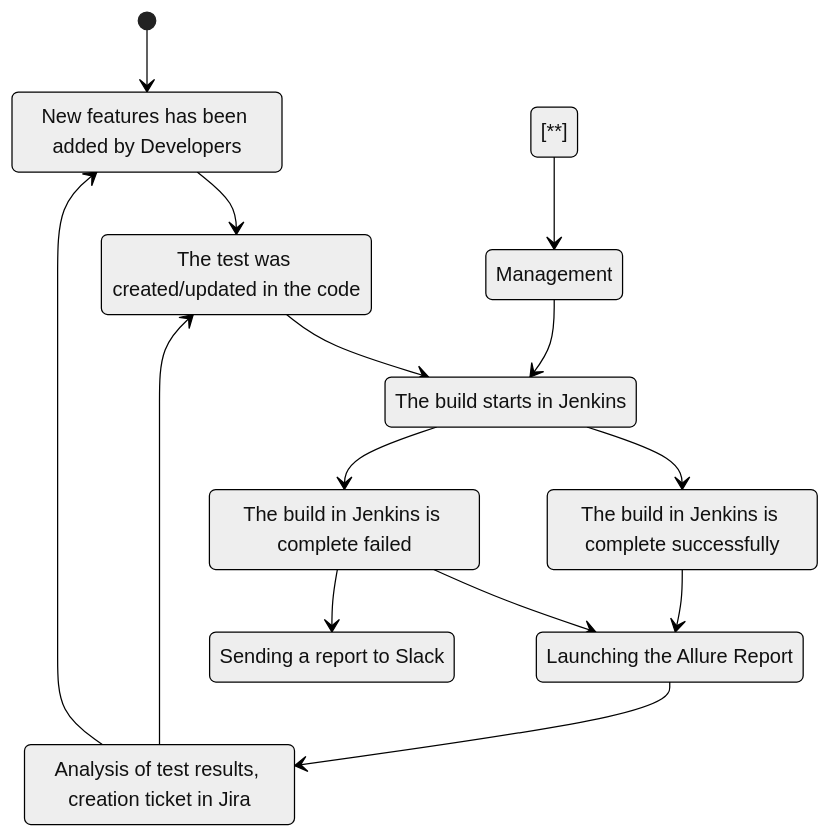
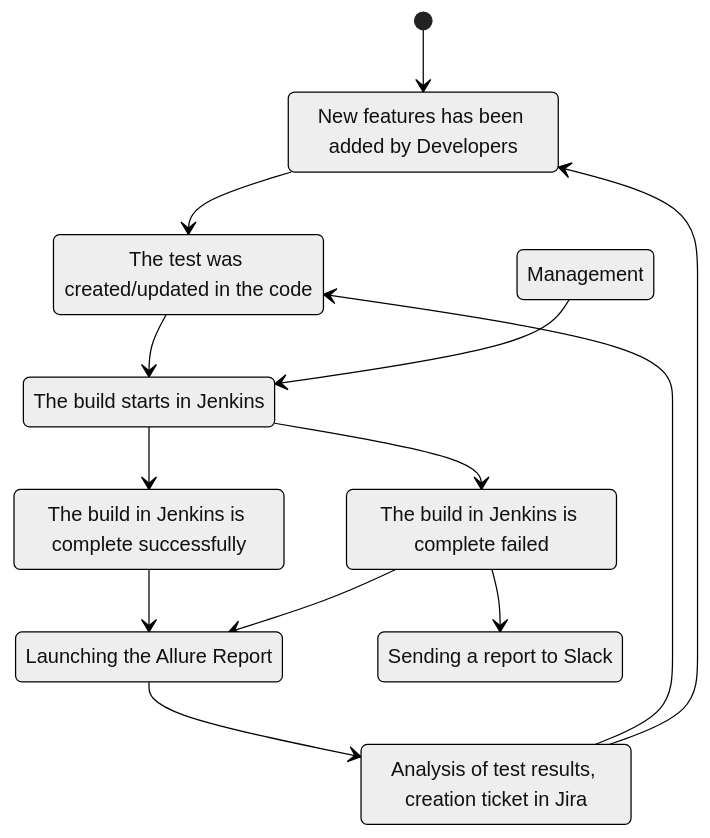
The first of 2 diagrams in README.md (berezovskievgenisergeevich/oui-webapp), drawn with Mermaid (neutral theme) before and after one commit.

````diff
--- a/README.md
+++ b/README.md
@@ -19,25 +19,24 @@
 ```mermaid
 stateDiagram-v2
 state "New features has been added by Developers" as A_0
 state "The test was created/updated in the code" as A
 state "The build starts in Jenkins" as B
 state "The build in Jenkins is complete successfully" as C
 state "The build in Jenkins is complete failed" as C_1
 state "Launching the Allure Report" as D
 state "Sending a report to Slack" as D_1
 state "Analysis of test results, creation ticket in Jira" as E
 state "Management" as M
 [*] --> A_0
-[**] --> M
 A_0 --> A
 A --> B
 M --> B
 B --> C
 B --> C_1
 C --> D
 C_1 --> D
 C_1 --> D_1
 D --> E
 E --> A
 E --> A_0
 ```
````
